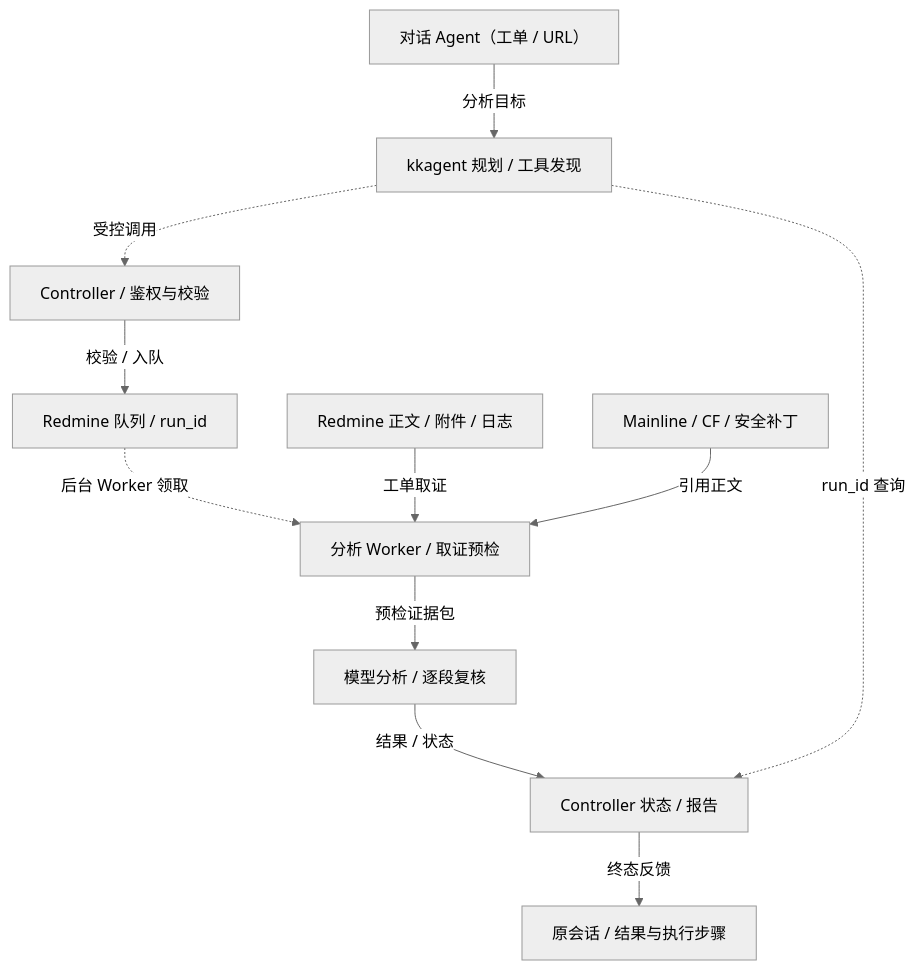
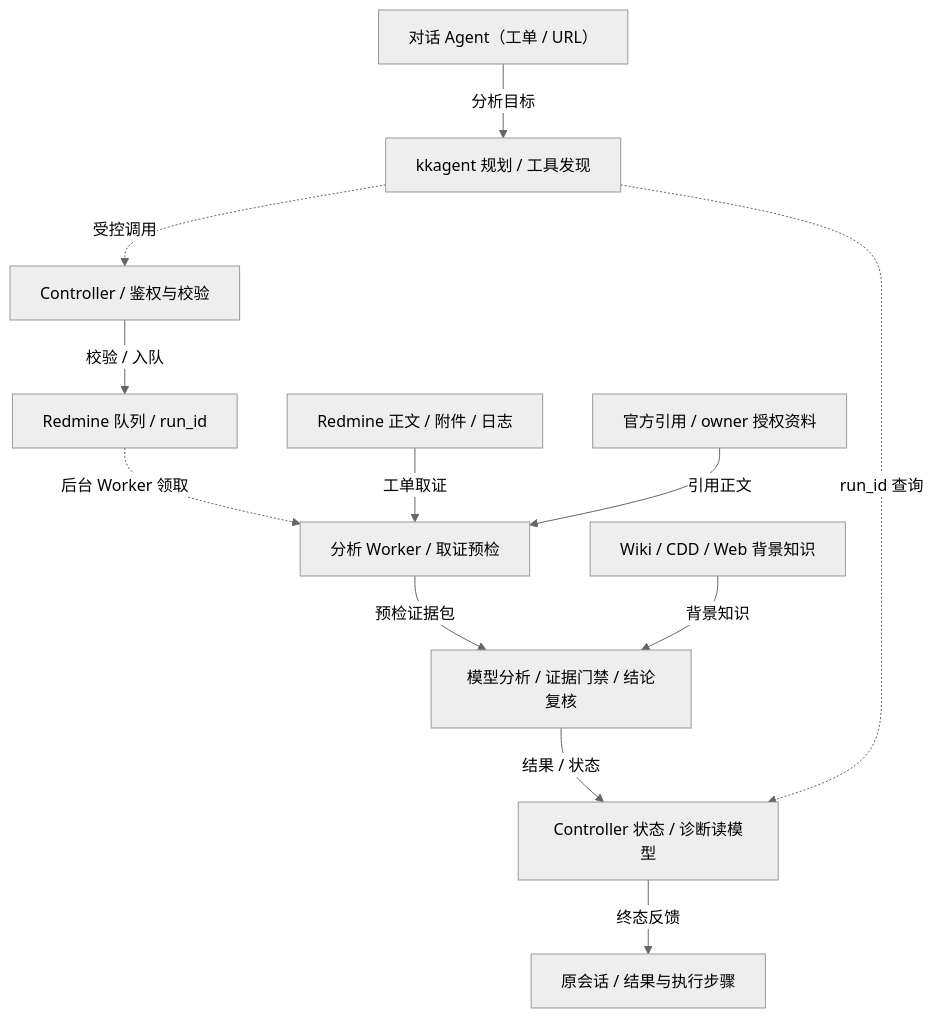
Before and after one commit to weixin1263831586/GMS_Remote_Test_Web: the diagram in docs/architecture/agent-analysis-topology.mmd, drawn with Mermaid (neutral theme). The commit also changed 476 other files, not shown here.

```diff
--- a/docs/architecture/agent-analysis-topology.mmd
+++ b/docs/architecture/agent-analysis-topology.mmd
@@ -1,23 +1,25 @@
 %% 后台 Worker 负责取证、引用召回和复核；Agent 按 run_id 查询任务权威状态。
 flowchart TB
     Chat["对话 Agent（工单 / URL）"]
     Planner["kkagent 规划 / 工具发现"]
     Guard["Controller / 鉴权与校验"]
     Run["Redmine 队列 / run_id"]
     Collect["分析 Worker / 取证预检"]
     Evidence["Redmine 正文 / 附件 / 日志"]
-    References["Mainline / CF / 安全补丁"]
-    Review["模型分析 / 逐段复核"]
-    Monitor["Controller 状态 / 报告"]
+    References["官方引用 / owner 授权资料"]
+    Review["模型分析 / 证据门禁 / 结论复核"]
+    Knowledge["Wiki / CDD / Web 背景知识"]
+    Monitor["Controller 状态 / 诊断读模型"]
     Reply["原会话 / 结果与执行步骤"]
 
     Chat -->|"分析目标"| Planner
     Planner -.->|"受控调用"| Guard
     Guard -->|"校验 / 入队"| Run
     Run -.->|"后台 Worker 领取"| Collect
     Evidence -->|"工单取证"| Collect
     References -->|"引用正文"| Collect
     Collect -->|"预检证据包"| Review
+    Knowledge -->|"背景知识"| Review
     Review -->|"结果 / 状态"| Monitor
     Planner -.->|"run_id 查询"| Monitor
     Monitor -->|"终态反馈"| Reply
```
